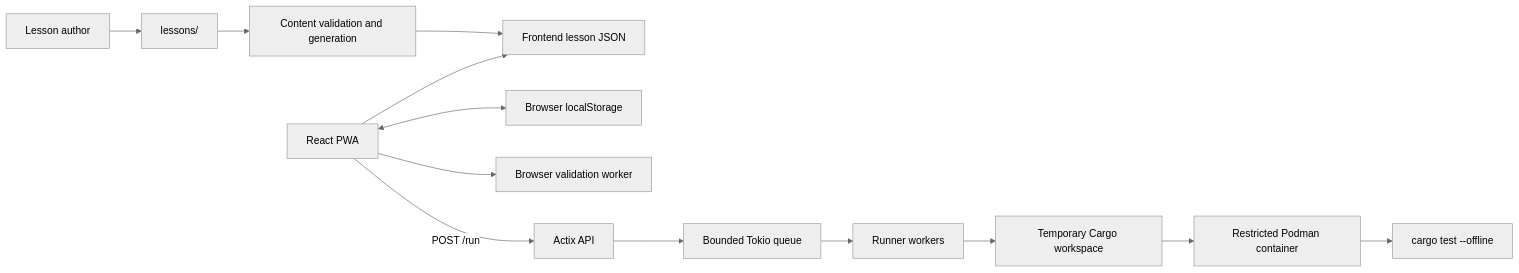
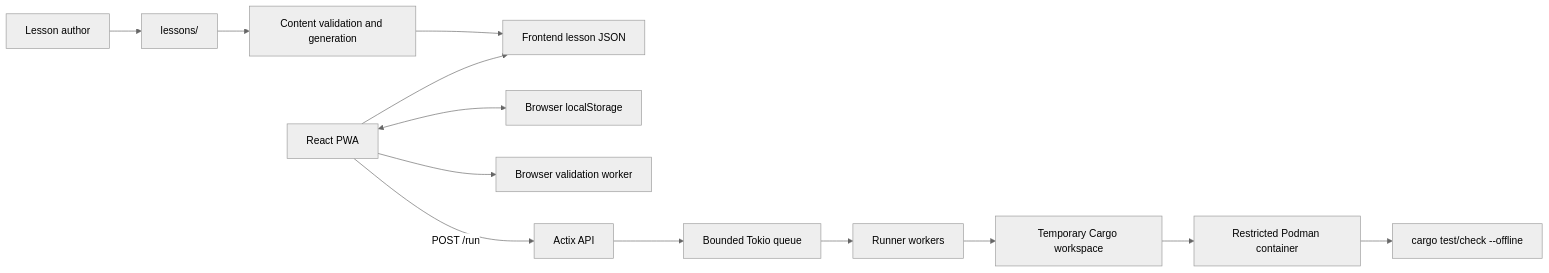
Before and after one commit to matrizaev/rust-daily: the first of 2 diagrams in ARCHITECTURE.md, drawn with Mermaid (neutral theme). The commit also changed other lines of this file and 26 other files, not shown here.

````diff
--- a/ARCHITECTURE.md
+++ b/ARCHITECTURE.md
@@ -10,16 +10,16 @@
 ```mermaid
 flowchart LR
     Author[Lesson author] --> Source[lessons/]
     Source --> Generator[Content validation and generation]
     Generator --> Content[Frontend lesson JSON]
 
     Browser[React PWA] --> Content
     Browser <--> Storage[Browser localStorage]
     Browser --> Worker[Browser validation worker]
     Browser -->|POST /run| API[Actix API]
     API --> Queue[Bounded Tokio queue]
     Queue --> Runner[Runner workers]
     Runner --> Workspace[Temporary Cargo workspace]
     Workspace --> Podman[Restricted Podman container]
-    Podman --> Cargo[cargo test --offline]
+    Podman --> Cargo[cargo test/check --offline]
 ```
````
